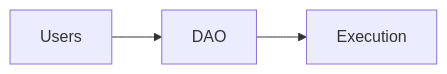
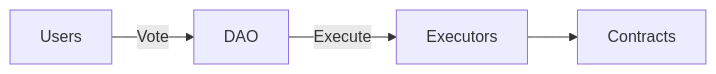
One commit to LaborCoinCreator/LaborCoin changed the diagram in README.md. Above: the diagram before and after it, drawn with Mermaid. The commit also changed other lines of this file, not shown here.

````diff
--- a/README.md
+++ b/README.md
@@ -5,4 +5,4 @@
 ```mermaid
 flowchart LR
-    Users --> DAO --> Execution
+    Users -->|Vote| DAO -->|Execute| Executors --> Contracts
 ```
````
